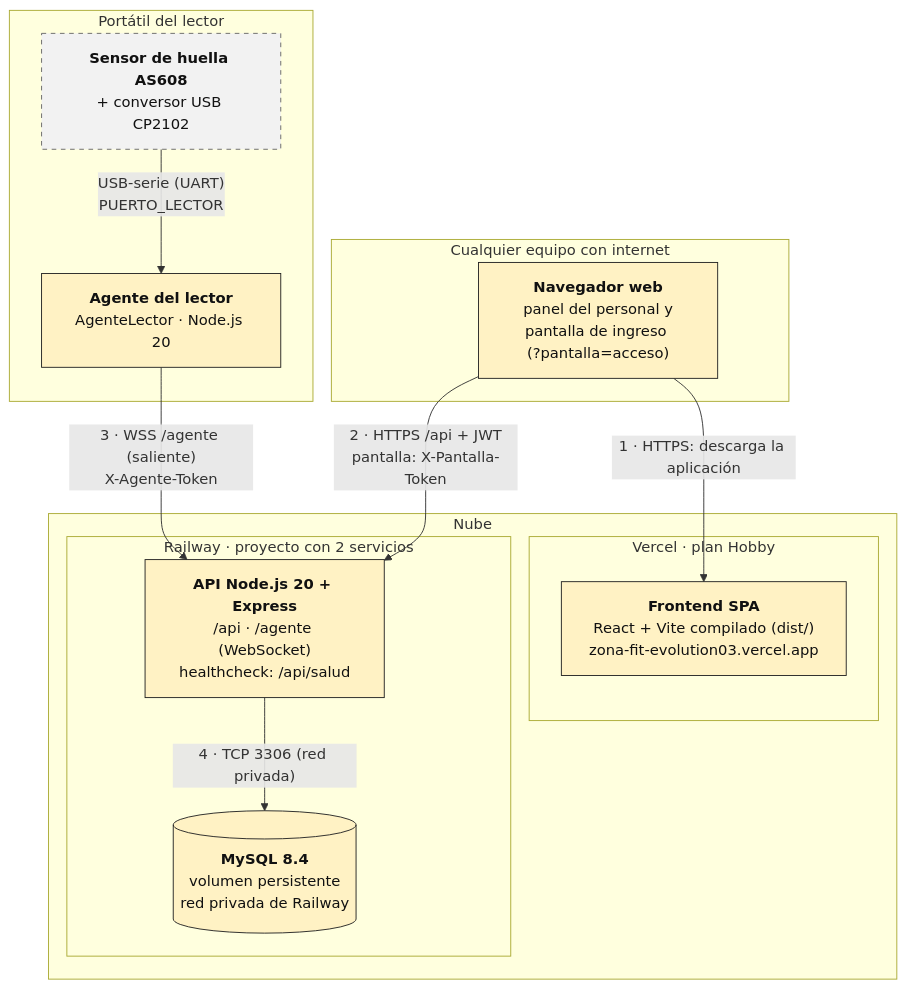
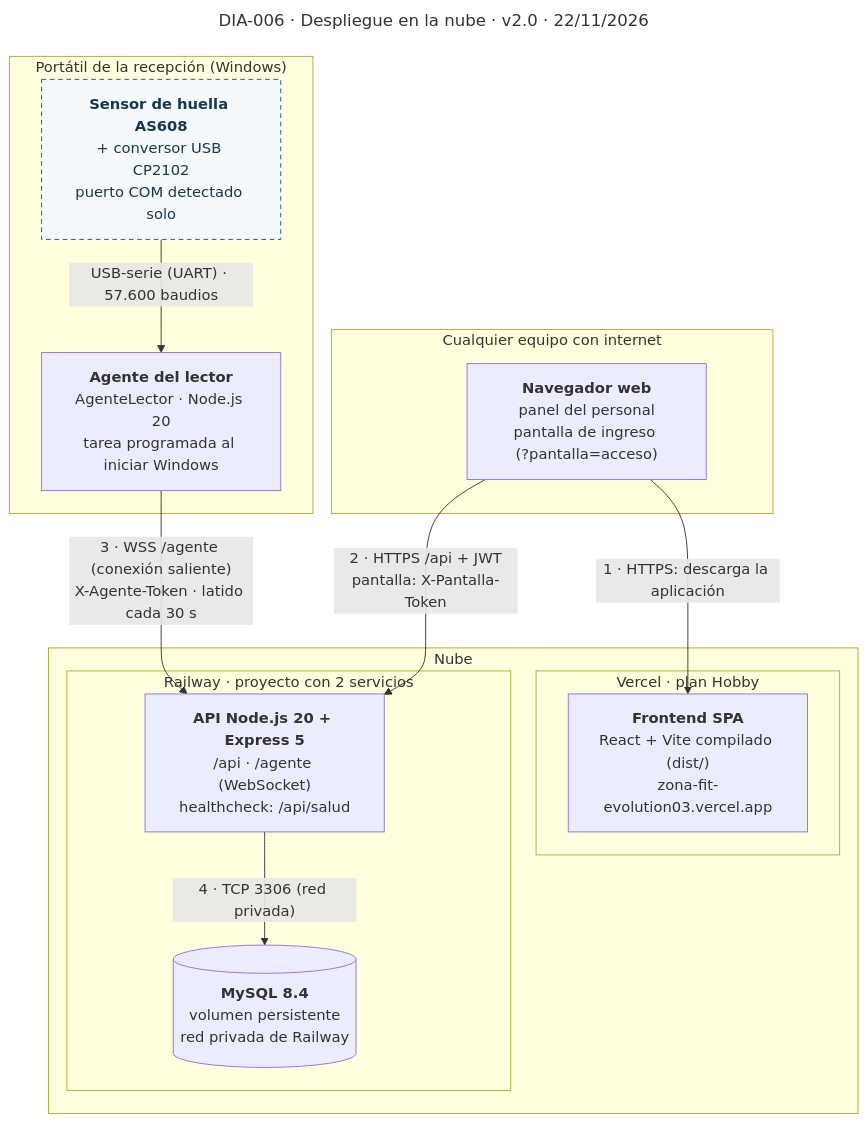
One commit to zonafitevolutionSENA/ZonaFitEvolution03 changed the diagram in docs/diagramas/despliegue.mmd. Above: the diagram before and after it, drawn with Mermaid. The commit also changed 65 other files, not shown here.

First line of the commit message:
docs(diagramas): rehacer los diagramas con un solo estilo y ubicarlos según la documentación

```diff
--- a/docs/diagramas/despliegue.mmd
+++ b/docs/diagramas/despliegue.mmd
@@ -1,26 +1,28 @@
-%% DIA-006 · Vista de despliegue (v1.3). Fuente del diagrama de docs/04-arquitectura.md
+---
+title: "DIA-006 · Despliegue en la nube · v2.0 · 22/11/2026"
+---
+%% Fuente del diagrama de docs/04-arquitectura.md (sección 12.2)
 flowchart TB
+  subgraph equipo["Cualquier equipo con internet"]
+    nav["<b>Navegador web</b><br/>panel del personal<br/>pantalla de ingreso (<span style='white-space:nowrap'>?pantalla=acceso</span>)"]
+  end
+  subgraph portatil["Portátil de la recepción (Windows)"]
+    agente["<b>Agente del lector</b><br/>AgenteLector · Node.js 20<br/>tarea programada al iniciar Windows"]
+    sensor["<b>Sensor de huella AS608</b><br/>+ conversor USB CP2102<br/>puerto COM detectado solo"]:::hw
+  end
   subgraph nube["Nube"]
     subgraph vercel["Vercel · plan Hobby"]
-      front["<b>Frontend SPA</b><br/>React + Vite compilado (dist/)<br/><span style='white-space:nowrap'>zona-fit-evolution03.vercel.app</span>"]:::sis
+      front["<b>Frontend SPA</b><br/>React + Vite compilado (dist/)<br/>zona-fit-evolution03.vercel.app"]
     end
     subgraph railway["Railway · proyecto con 2 servicios"]
-      api["<b>API Node.js 20 + Express</b><br/>/api · /agente (WebSocket)<br/>healthcheck: /api/salud"]:::sis
-      db[("<b>MySQL 8.4</b><br/>volumen persistente<br/>red privada de Railway")]:::sis
+      api["<b>API Node.js 20 + Express 5</b><br/>/api · /agente (WebSocket)<br/>healthcheck: /api/salud"]
+      db[("<b>MySQL 8.4</b><br/>volumen persistente<br/>red privada de Railway")]
     end
-  end
-  subgraph equipo["Cualquier equipo con internet"]
-    nav["<b>Navegador web</b><br/>panel del personal y<br/>pantalla de ingreso (<span style='white-space:nowrap'>?pantalla=acceso</span>)"]:::sis
-  end
-  subgraph portatil["Portátil del lector"]
-    agente["<b>Agente del lector</b><br/>AgenteLector · Node.js 20"]:::sis
-    sensor["<b>Sensor de huella AS608</b><br/>+ conversor USB CP2102"]:::hw
   end
   nav -- "1 · HTTPS: descarga la aplicación" --> front
   nav -- "2 · HTTPS /api + JWT<br/>pantalla: X-Pantalla-Token" --> api
-  agente -- "3 · WSS /agente (saliente)<br/>X-Agente-Token" --> api
-  sensor -- "USB-serie (UART)<br/>PUERTO_LECTOR" --> agente
+  agente -- "3 · WSS /agente (conexión saliente)<br/>X-Agente-Token · latido cada 30 s" --> api
+  sensor -- "USB-serie (UART) · 57.600 baudios" --> agente
   api -- "4 · TCP 3306 (red privada)" --> db
-  classDef sis fill:#FFF2C4,stroke:#222,stroke-width:1px,color:#111
-  classDef actor fill:#1A1A1A,stroke:#1A1A1A,color:#FFFFFF
-  classDef hw fill:#F2F2F2,stroke:#666,stroke-width:1px,stroke-dasharray:5 5,color:#111
+  classDef actor fill:#1F4E79,stroke:#16384F,color:#FFFFFF
+  classDef hw fill:#F5F9FC,stroke:#1F4E79,stroke-dasharray:5 4,color:#16384F
```
